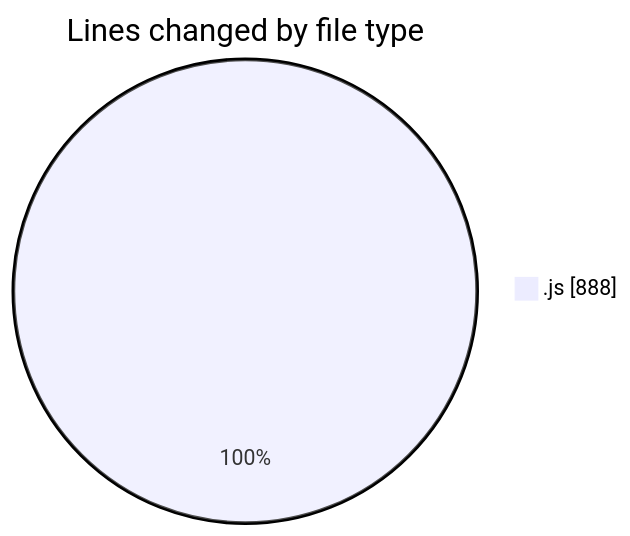
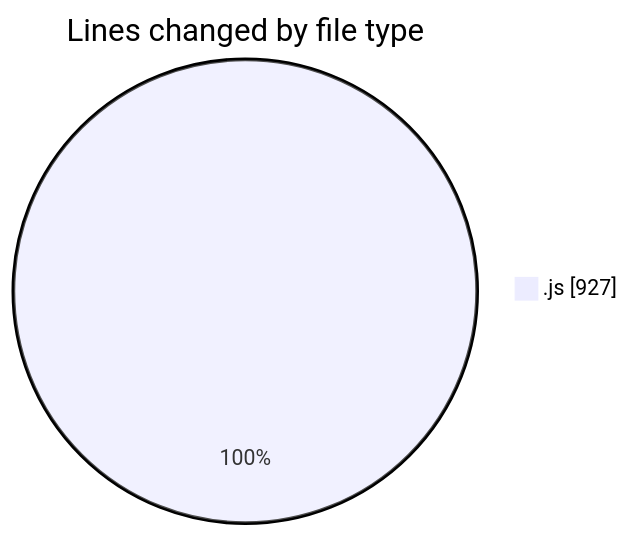
Before and after one commit to nxtqubesakshisongat/code-tracking: the first of 2 diagrams in 2025-11-04/nxtqube_webapp/README.md, drawn with Mermaid. The commit also changed other lines of this file and 1 other file, not shown here.

````diff
--- a/2025-11-04/nxtqube_webapp/README.md
+++ b/2025-11-04/nxtqube_webapp/README.md
@@ -23,5 +23,5 @@
 ```mermaid
 pie showData
 title Lines changed by file type
-".js" : 888
+".js" : 927
 ```
````
